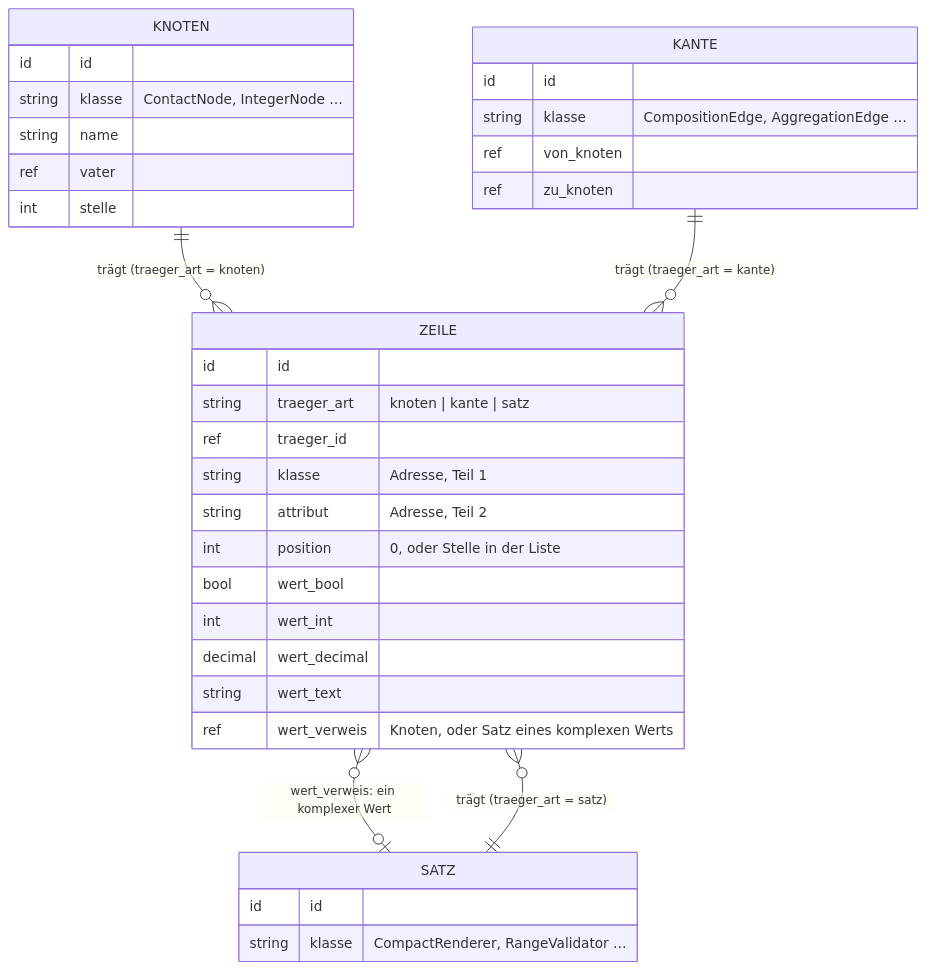
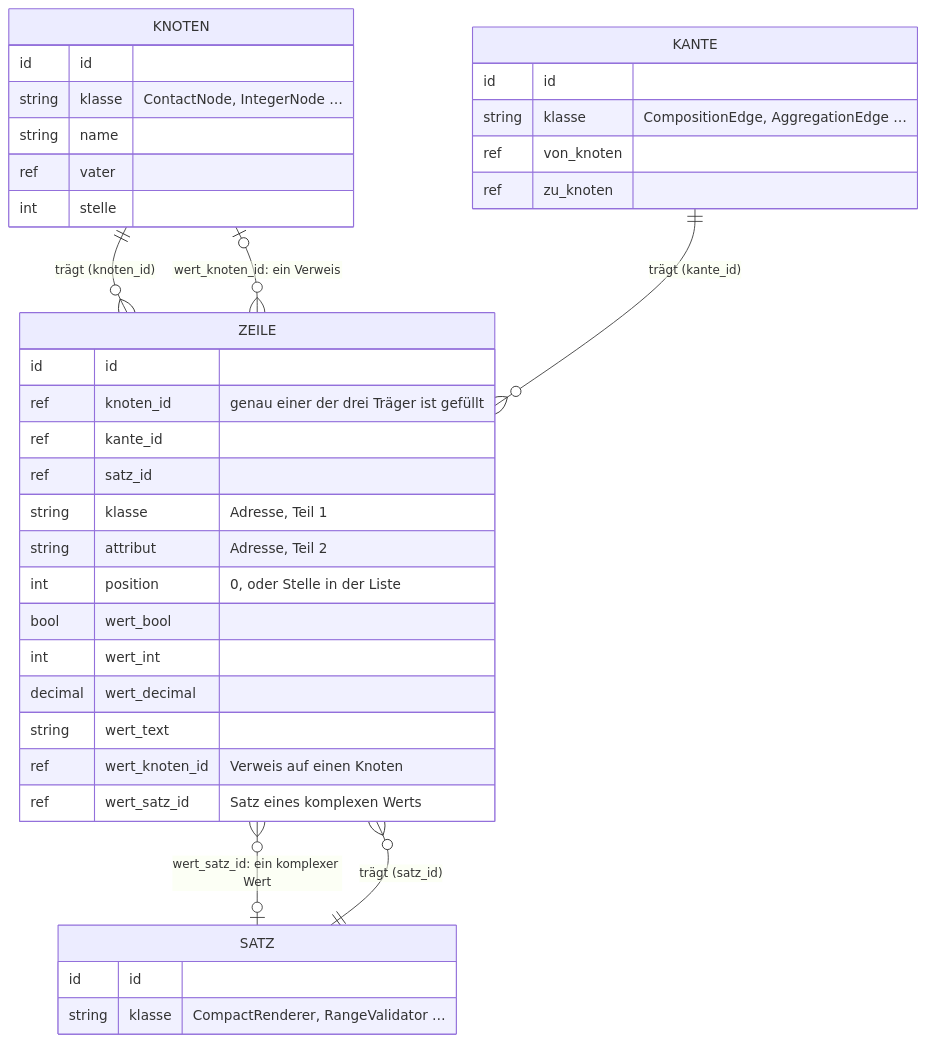
One commit to sfambach/wp-taxonomy-modeler changed the seventh of 8 diagrams in docs/einstellungen-von-null.md. Above: the diagram before and after it, drawn with Mermaid. The commit also changed other lines of this file and 1 other file, not shown here.

Commit message:
Einstellungen von null: Id-Raeume beantwortet - jede Tabelle zaehlt fuer sich, ein Verweis ist eine Spalte je Zieltabelle, Fremdschluessel prueft die Datenbank; Pfad war nie sein Wunsch (INF-001)

````diff
--- a/docs/einstellungen-von-null.md
+++ b/docs/einstellungen-von-null.md
@@ -391,37 +391,40 @@
 ```mermaid
 erDiagram
-  KNOTEN ||--o{ ZEILE : "trägt (traeger_art = knoten)"
-  KANTE ||--o{ ZEILE : "trägt (traeger_art = kante)"
-  SATZ ||--o{ ZEILE : "trägt (traeger_art = satz)"
-  ZEILE }o--o| SATZ : "wert_verweis: ein komplexer Wert"
+  KNOTEN ||--o{ ZEILE : "trägt (knoten_id)"
+  KANTE ||--o{ ZEILE : "trägt (kante_id)"
+  SATZ ||--o{ ZEILE : "trägt (satz_id)"
+  ZEILE }o--o| SATZ : "wert_satz_id: ein komplexer Wert"
+  ZEILE }o--o| KNOTEN : "wert_knoten_id: ein Verweis"
   KNOTEN {
     id id
     string klasse "ContactNode, IntegerNode …"
     string name
     ref vater
     int stelle
   }
   KANTE {
     id id
     string klasse "CompositionEdge, AggregationEdge …"
     ref von_knoten
     ref zu_knoten
   }
   SATZ {
     id id
     string klasse "CompactRenderer, RangeValidator …"
   }
   ZEILE {
     id id
-    string traeger_art "knoten | kante | satz"
-    ref traeger_id
+    ref knoten_id "genau einer der drei Träger ist gefüllt"
+    ref kante_id
+    ref satz_id
     string klasse "Adresse, Teil 1"
     string attribut "Adresse, Teil 2"
     int position "0, oder Stelle in der Liste"
     bool wert_bool
     int wert_int
     decimal wert_decimal
     string wert_text
-    ref wert_verweis "Knoten, oder Satz eines komplexen Werts"
+    ref wert_knoten_id "Verweis auf einen Knoten"
+    ref wert_satz_id "Satz eines komplexen Werts"
   }
 ```
````
